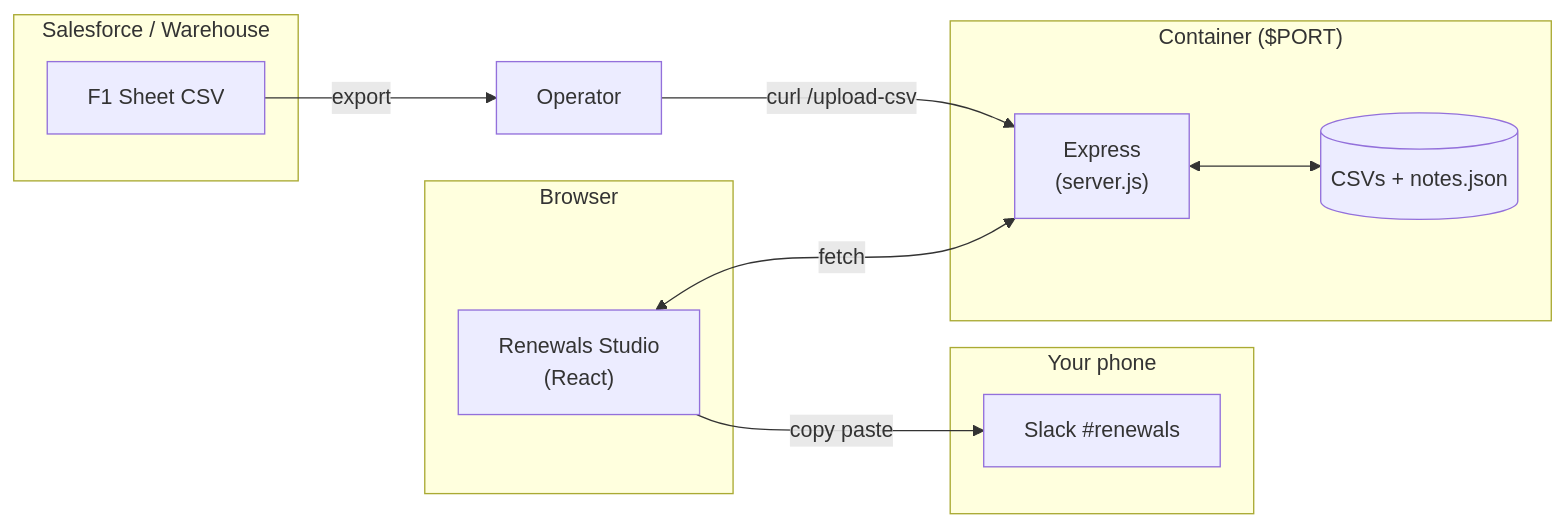
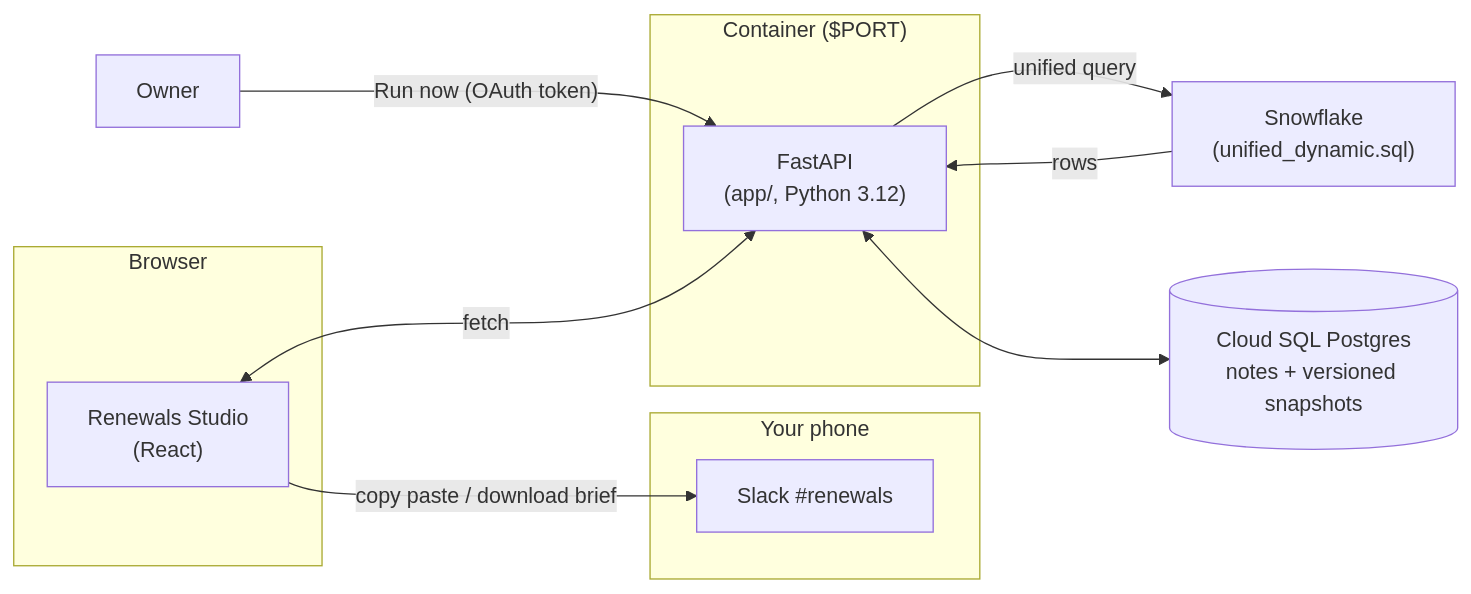
The ninth of 9 diagrams in CAPABILITIES.md (bryanrossello-collab/github_cx), drawn with Mermaid before and after one commit. The commit also changed other lines of this file and 10 other files, not shown here.

First line of the commit message:
Region ATR filter/de-dup fix, ingest double-insert guard, timestamped Run-now, and user activity tracking

````diff
--- a/CAPABILITIES.md
+++ b/CAPABILITIES.md
@@ -1168,25 +1429,24 @@
 ```mermaid
 graph LR
     subgraph "Your phone"
         Slack["Slack #renewals"]
     end
 
     subgraph "Browser"
         UI["Renewals Studio<br/>(React)"]
     end
 
     subgraph "Container ($PORT)"
-        Server["Express<br/>(server.js)"]
-        Disk[("CSVs + notes.json")]
+        Server["FastAPI<br/>(app/, Python 3.12)"]
     end
 
-    subgraph "Salesforce / Warehouse"
-        Source["F1 Sheet CSV"]
-    end
+    PG[("Cloud SQL Postgres<br/>notes + versioned snapshots")]
+    Source["Snowflake<br/>(unified_dynamic.sql)"]
 
-    Source -->|export| Operator
-    Operator -->|"curl /upload-csv"| Server
-    Server <--> Disk
+    Owner["Owner"] -->|"Run now (OAuth token)"| Server
+    Server -->|unified query| Source
+    Source -->|rows| Server
+    Server <--> PG
     UI <-->|fetch| Server
-    UI -->|"copy paste"| Slack
+    UI -->|"copy paste / download brief"| Slack
 ```
````
